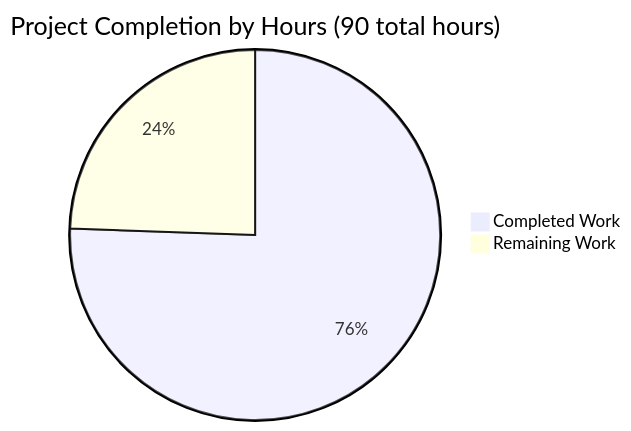
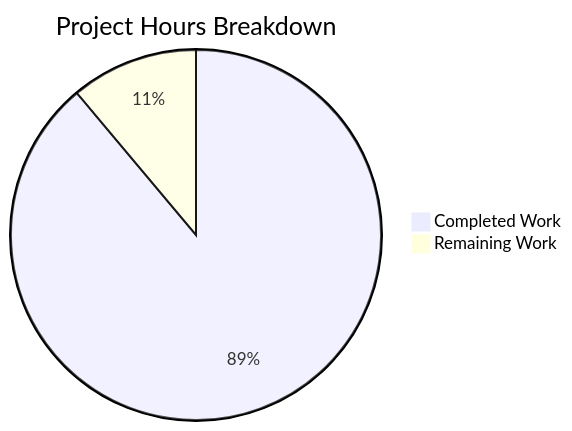
The diagram in blitzy/documentation/Project Guide.md (sudhanshu-spec/test-spec), drawn with Mermaid before and after one commit. The commit also changed other lines of this file, not shown here.

Commit message:
Adding Blitzy Project Guide: Project Status and Human Tasks Remaining

````diff
--- a/blitzy/documentation/Project Guide.md
+++ b/blitzy/documentation/Project Guide.md
@@ -89,5 +78,5 @@
 ```mermaid
-pie title Project Completion by Hours (90 total hours)
-    "Completed Work" : 68
-    "Remaining Work" : 22
+pie title Project Hours Breakdown
+    "Completed Work" : 16
+    "Remaining Work" : 2
 ```
````
